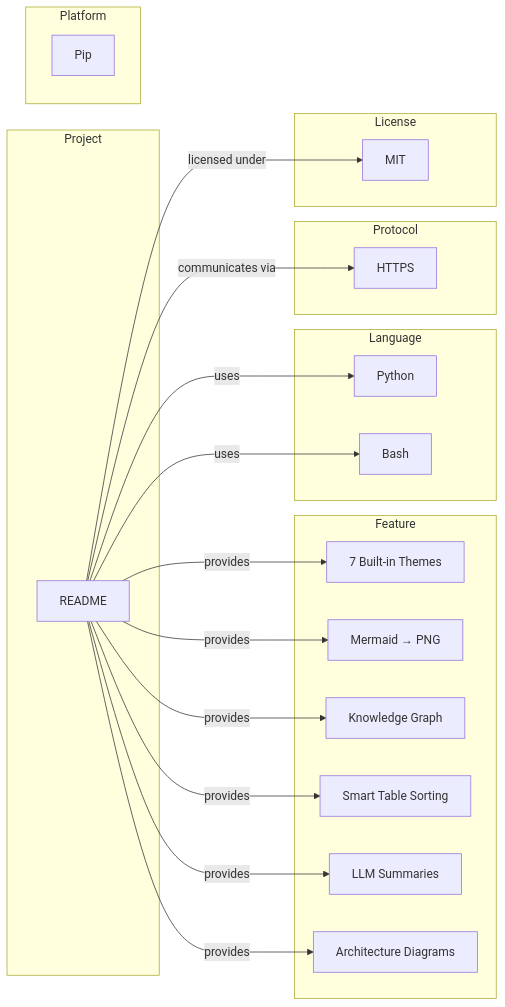
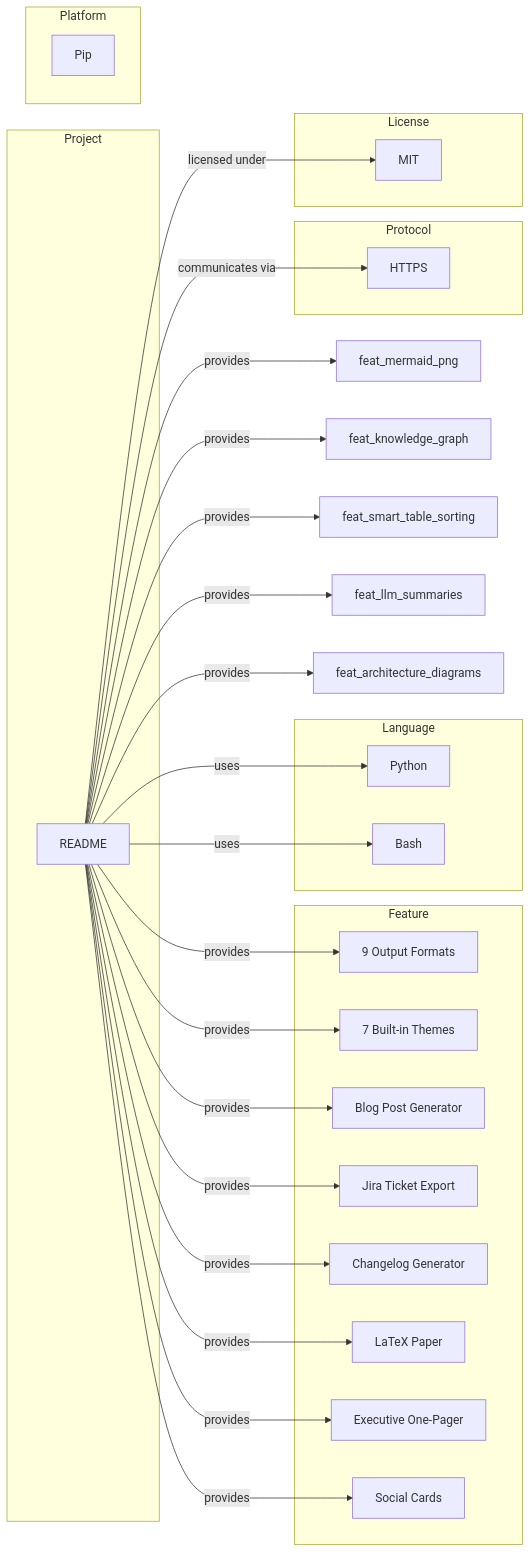
One commit to ioteverythin/OpenDocs changed the diagram in generated-docs/README_analysis.md. Above: the diagram before and after it, drawn with Mermaid. The commit also changed other lines of this file, not shown here.

````diff
--- a/generated-docs/README_analysis.md
+++ b/generated-docs/README_analysis.md
@@ -84,37 +98,46 @@
 ```mermaid
 graph LR
     subgraph Project["Project"]
         project_root["README"]
     end
     subgraph Feature["Feature"]
+        feat_9_output_formats["9 Output Formats"]
         feat_7_built_in_themes["7 Built-in Themes"]
-        feat_mermaid_png["Mermaid → PNG"]
-        feat_knowledge_graph["Knowledge Graph"]
-        feat_smart_table_sorting["Smart Table Sorting"]
-        feat_llm_summaries["LLM Summaries"]
-        feat_architecture_diagrams["Architecture Diagrams"]
+        feat_blog_post_generator["Blog Post Generator"]
+        feat_jira_ticket_export["Jira Ticket Export"]
+        feat_changelog_generator["Changelog Generator"]
+        feat_latex_paper["LaTeX Paper"]
+        feat_executive_one_pager["Executive One-Pager"]
+        feat_social_cards["Social Cards"]
     end
     subgraph Language["Language"]
         lang_python["Python"]
         lang_bash["Bash"]
     end
     subgraph Platform["Platform"]
         plat_pip["Pip"]
     end
     subgraph Protocol["Protocol"]
         proto_https["HTTPS"]
     end
     subgraph License["License"]
         lic_mit["MIT"]
     end
     project_root -->|uses| lang_python
     project_root -->|uses| lang_bash
     project_root -->|communicates via| proto_https
     project_root -->|licensed under| lic_mit
+    project_root -->|provides| feat_9_output_formats
     project_root -->|provides| feat_7_built_in_themes
+    project_root -->|provides| feat_blog_post_generator
+    project_root -->|provides| feat_jira_ticket_export
+    project_root -->|provides| feat_changelog_generator
+    project_root -->|provides| feat_latex_paper
+    project_root -->|provides| feat_executive_one_pager
+    project_root -->|provides| feat_social_cards
     project_root -->|provides| feat_mermaid_png
     project_root -->|provides| feat_knowledge_graph
     project_root -->|provides| feat_smart_table_sorting
     project_root -->|provides| feat_llm_summaries
     project_root -->|provides| feat_architecture_diagrams
 ```
````
